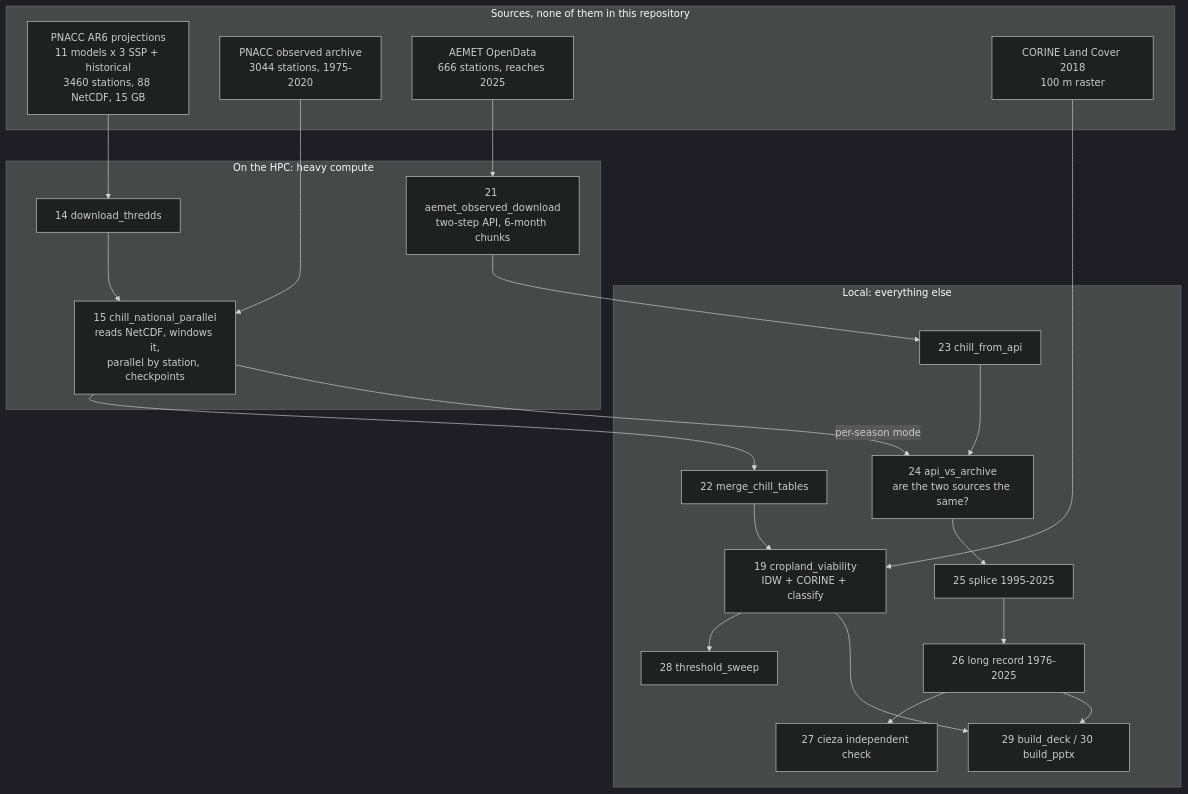
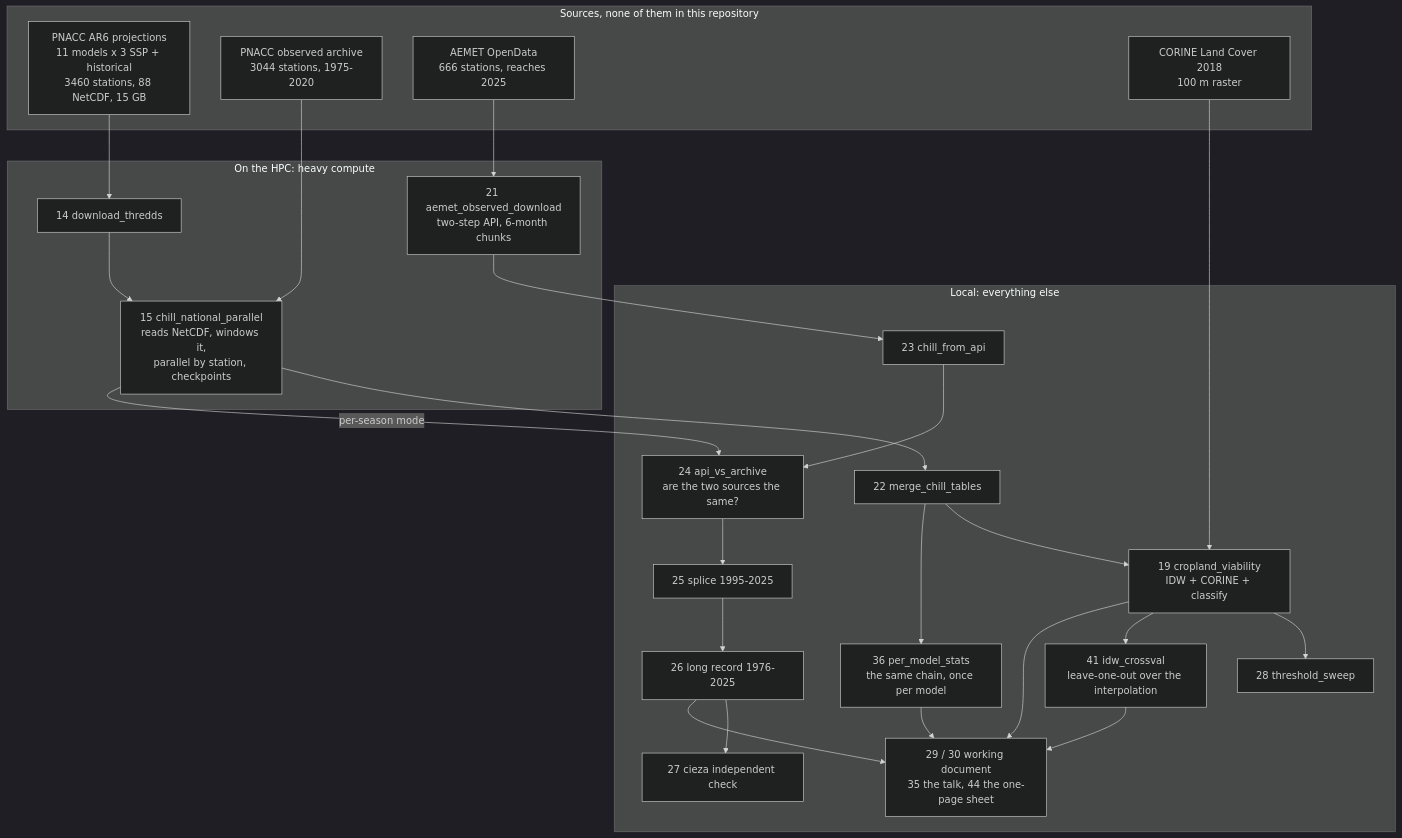
Before and after one commit to DanielGP121/plinius-apricot-winter-chill: the first of 4 diagrams in README.md, drawn with Mermaid (dark theme). The commit also changed other lines of this file and 3 other files, not shown here.

````diff
--- a/README.md
+++ b/README.md
@@ -73,36 +80,42 @@
 ```mermaid
 flowchart TD
     subgraph SRC["Sources, none of them in this repository"]
         A1["PNACC AR6 projections<br/>11 models x 3 SSP + historical<br/>3460 stations, 88 NetCDF, 15 GB"]
         A2["PNACC observed archive<br/>3044 stations, 1975-2020"]
         A3["AEMET OpenData<br/>666 stations, reaches 2025"]
         A4["CORINE Land Cover 2018<br/>100 m raster"]
     end
 
     subgraph HPC["On the HPC: heavy compute"]
         B1["14 download_thredds"]
         B2["15 chill_national_parallel<br/>reads NetCDF, windows it,<br/>parallel by station, checkpoints"]
         B3["21 aemet_observed_download<br/>two-step API, 6-month chunks"]
     end
 
     subgraph LOC["Local: everything else"]
         C1["22 merge_chill_tables"]
         C2["19 cropland_viability<br/>IDW + CORINE + classify"]
         C3["28 threshold_sweep"]
         D1["23 chill_from_api"]
         D2["24 api_vs_archive<br/>are the two sources the same?"]
         D3["25 splice 1995-2025"]
         D4["26 long record 1976-2025"]
         D5["27 cieza independent check"]
-        E1["29 build_deck / 30 build_pptx"]
+        C4["36 per_model_stats<br/>the same chain, once per model"]
+        C5["41 idw_crossval<br/>leave-one-out over the interpolation"]
+        E1["29 / 30 working document<br/>35 the talk, 44 the one-page sheet"]
     end
 
     A1 --> B1 --> B2 --> C1 --> C2 --> C3
     A2 --> B2
     A3 --> B3 --> D1 --> D2 --> D3 --> D4
     A4 --> C2
     B2 -->|per-season mode| D2
     D4 --> D5
+    C1 --> C4
+    C2 --> C5
+    C4 --> E1
+    C5 --> E1
     C2 --> E1
     D4 --> E1
 ```
````
